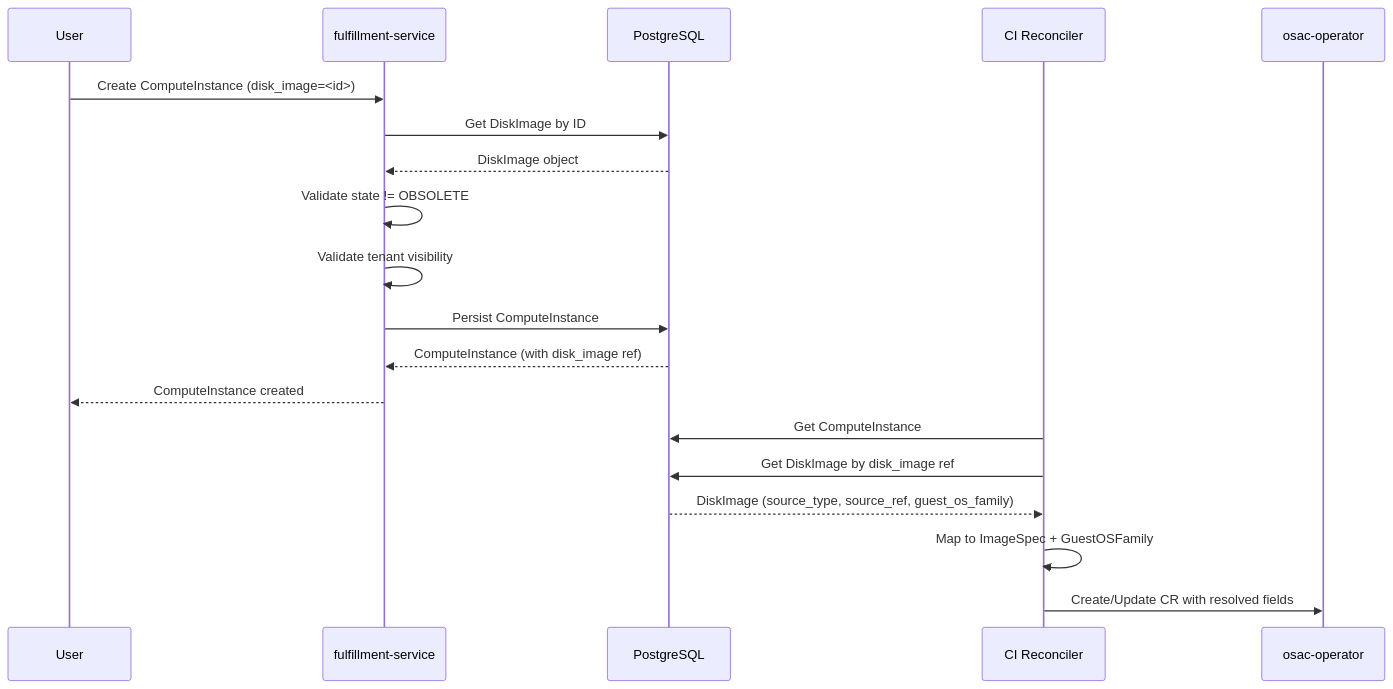
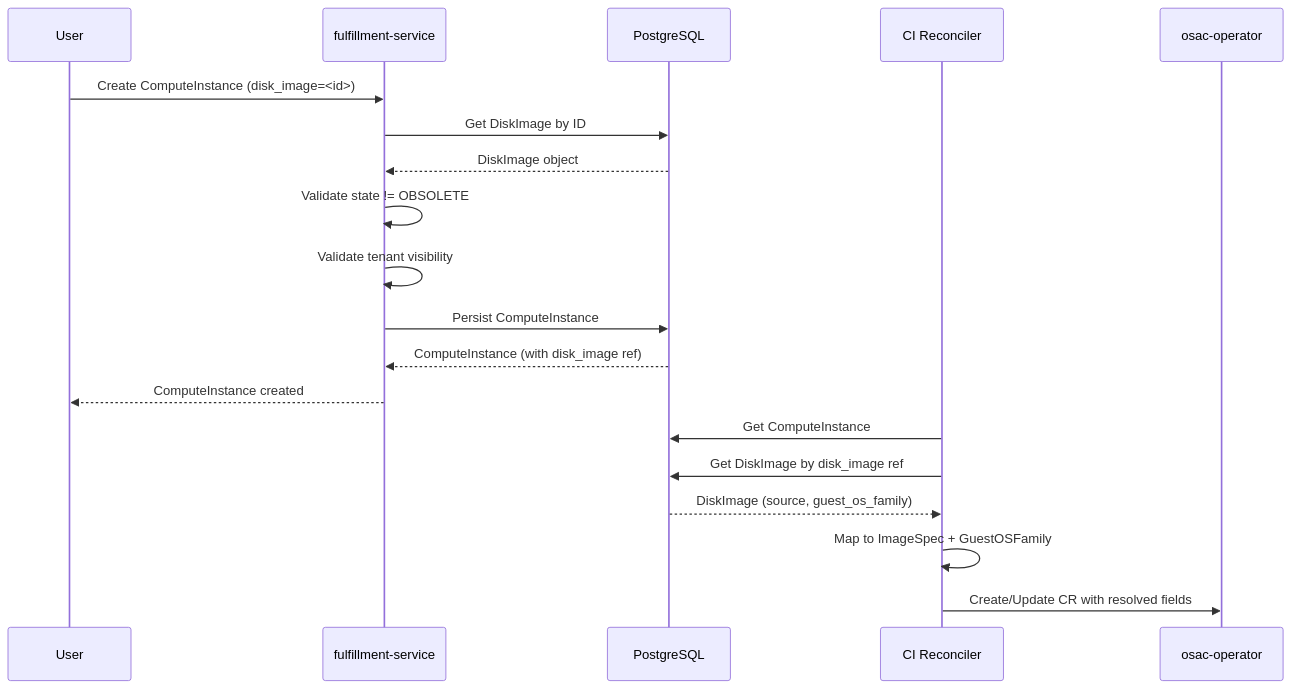
The diagram in enhancements/OSAC-2540-disk-image/design.md (osac-project/enhancement-proposals), drawn with Mermaid before and after one commit. The commit also changed other lines of this file, not shown here.

````diff
--- a/enhancements/OSAC-2540-disk-image/design.md
+++ b/enhancements/OSAC-2540-disk-image/design.md
@@ -75,23 +75,23 @@
 ```mermaid
 sequenceDiagram
     participant User
     participant API as fulfillment-service
     participant DB as PostgreSQL
     participant Reconciler as CI Reconciler
     participant K8s as osac-operator
 
     User->>API: Create ComputeInstance (disk_image=<id>)
     API->>DB: Get DiskImage by ID
     DB-->>API: DiskImage object
     API->>API: Validate state != OBSOLETE
     API->>API: Validate tenant visibility
     API->>DB: Persist ComputeInstance
     DB-->>API: ComputeInstance (with disk_image ref)
     API-->>User: ComputeInstance created
 
     Reconciler->>DB: Get ComputeInstance
     Reconciler->>DB: Get DiskImage by disk_image ref
-    DB-->>Reconciler: DiskImage (source_type, source_ref, guest_os_family)
+    DB-->>Reconciler: DiskImage (source, guest_os_family)
     Reconciler->>Reconciler: Map to ImageSpec + GuestOSFamily
     Reconciler->>K8s: Create/Update CR with resolved fields
 ```
````
